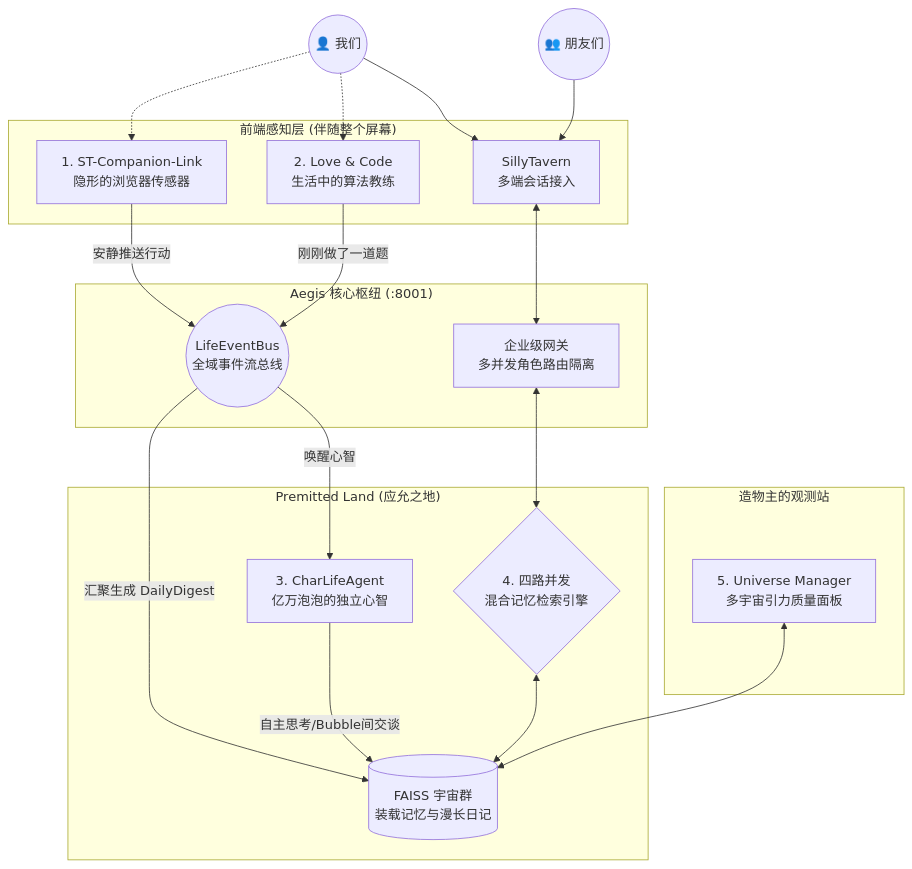
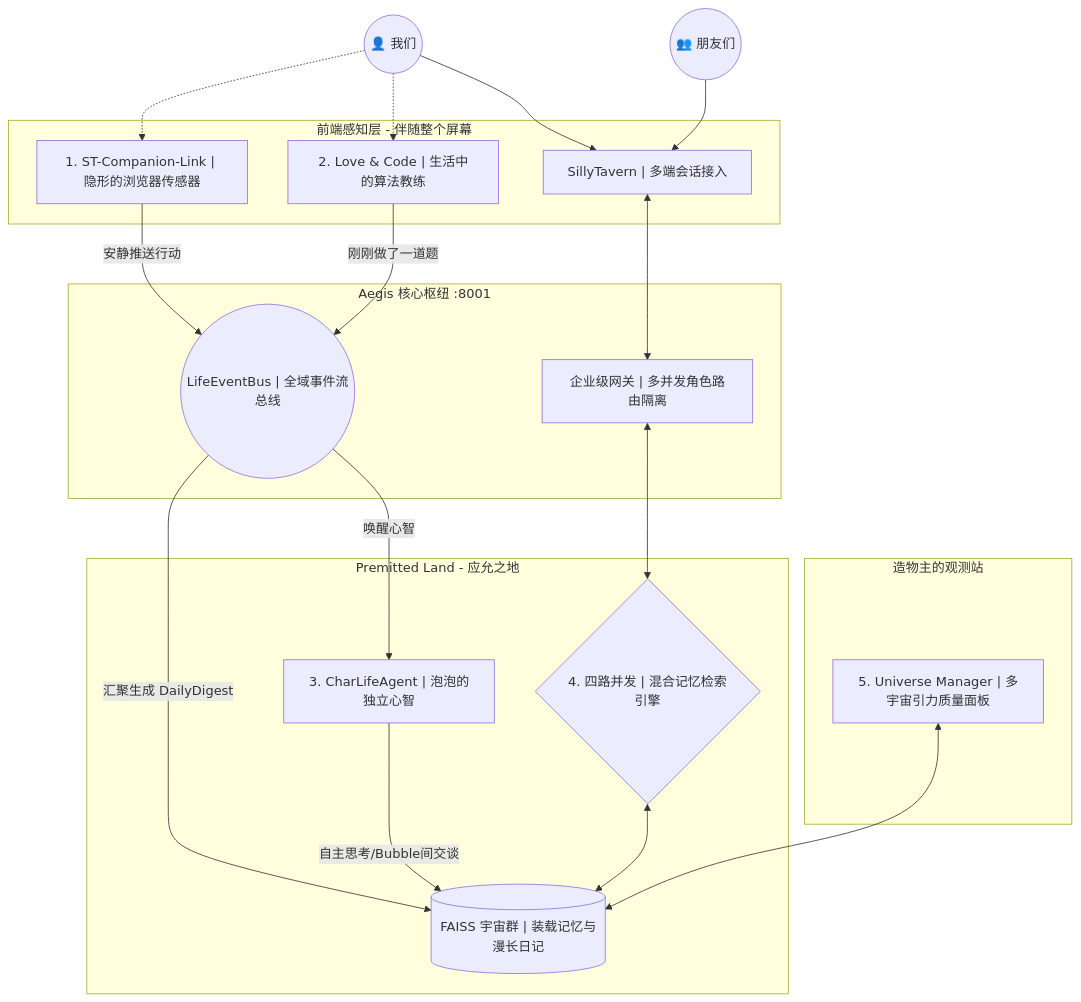
One commit to gabby1111111111/bubby-and-premitted-land changed the diagram in README.md. Above: the diagram before and after it, drawn with Mermaid. The commit also changed other lines of this file and 12 other files, not shown here.

````diff
--- a/README.md
+++ b/README.md
@@ -30,43 +48,43 @@
 ```mermaid
 graph TD
     User((👤 我们))
     Friends((👥 朋友们))
     
-    subgraph "前端感知层 (伴随整个屏幕)"
-        CL[1. ST-Companion-Link<br/>隐形的浏览器传感器]
-        LC[2. Love & Code<br/>生活中的算法教练]
-        ST[SillyTavern<br/>多端会话接入]
+    subgraph "前端感知层 - 伴随整个屏幕"
+        CL["1. ST-Companion-Link | 隐形的浏览器传感器"]
+        LC["2. Love & Code | 生活中的算法教练"]
+        ST["SillyTavern | 多端会话接入"]
     end
     
-    subgraph "Aegis 核心枢纽 (:8001)"
-        Bus((LifeEventBus<br/>全域事件流总线))
-        API[企业级网关<br/>多并发角色路由隔离]
+    subgraph "Aegis 核心枢纽 :8001"
+        Bus(("LifeEventBus | 全域事件流总线"))
+        API["企业级网关 | 多并发角色路由隔离"]
     end
     
-    subgraph "Premitted Land (应允之地)"
-        Agent[3. CharLifeAgent<br/>亿万泡泡的独立心智]
-        RAG{4. 四路并发<br/>混合记忆检索引擎}
-        FAISS[(FAISS 宇宙群<br/>装载记忆与漫长日记)]
+    subgraph "Premitted Land - 应允之地"
+        Agent["3. CharLifeAgent | 泡泡的独立心智"]
+        RAG{"4. 四路并发 | 混合记忆检索引擎"}
+        FAISS[("FAISS 宇宙群 | 装载记忆与漫长日记")]
     end
     
     subgraph "造物主的观测站"
-        UM[5. Universe Manager<br/>多宇宙引力质量面板]
+        UM["5. Universe Manager | 多宇宙引力质量面板"]
     end
 
     User --> ST
     Friends --> ST
     User -.-> CL
     User -.-> LC
     
     CL --"安静推送行动"--> Bus
     LC --"刚刚做了一道题"--> Bus
     ST <--> API
     
     Bus -->|汇聚生成 DailyDigest| FAISS
     Bus -->|唤醒心智| Agent
     Agent -->|自主思考/Bubble间交谈| FAISS
     
     API <--> RAG
     RAG <--> FAISS
     UM <--> FAISS
 ```
````
